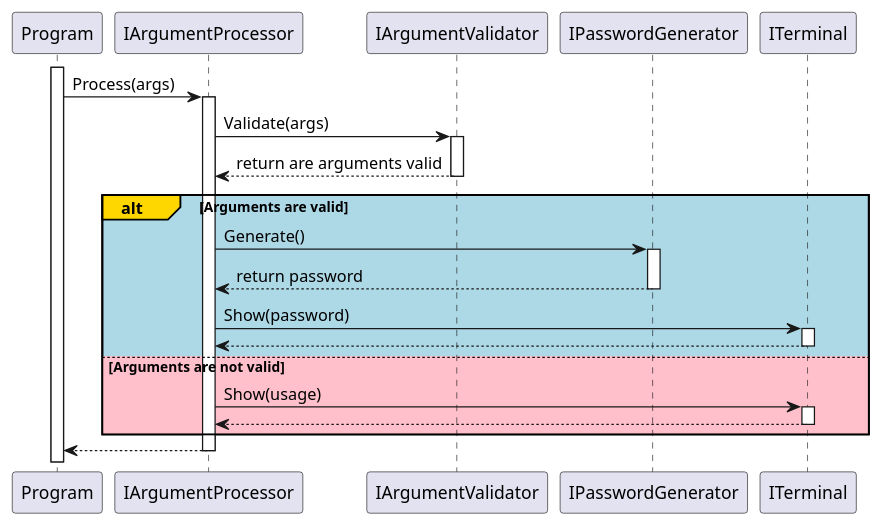
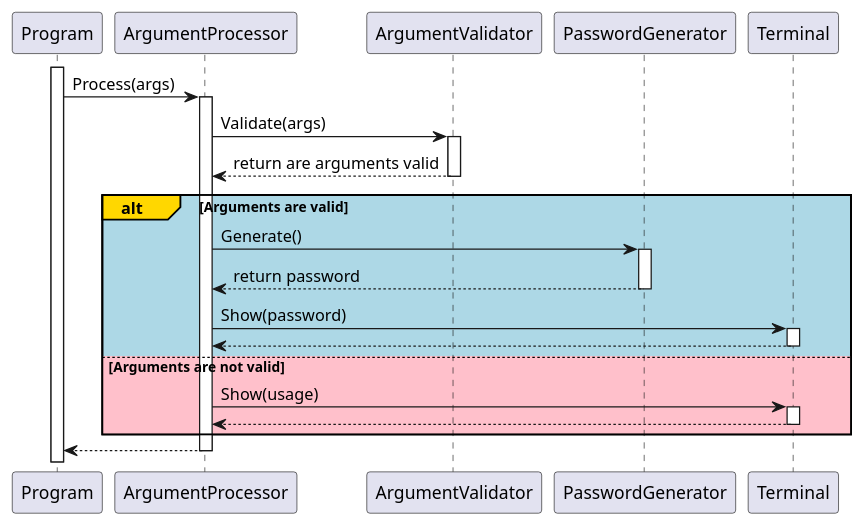
The diagram in diagrams/Sequence.puml (djvelimir/demo-dotnet-cli), drawn with PlantUML before and after one commit.

Commit message:
Update diagram

```diff
--- a/diagrams/Sequence.puml
+++ b/diagrams/Sequence.puml
@@ -1,39 +1,39 @@
 @startuml Sequence
 participant Program as program
-participant IArgumentProcessor as argumentProcessor
-participant IArgumentValidator as argumentValidator
-participant IPasswordGenerator as passwordGenerator
-participant ITerminal as terminal
+participant ArgumentProcessor as argumentProcessor
+participant ArgumentValidator as argumentValidator
+participant PasswordGenerator as passwordGenerator
+participant Terminal as terminal
 
 activate program
 
 program -> argumentProcessor: Process(args)
 activate argumentProcessor
 
 argumentProcessor -> argumentValidator: Validate(args)
 activate argumentValidator
 argumentProcessor <-- argumentValidator: return are arguments valid
 deactivate argumentValidator
 
 alt#Gold #LightBlue Arguments are valid
     argumentProcessor -> passwordGenerator: Generate()
     activate passwordGenerator
     argumentProcessor <-- passwordGenerator: return password
     deactivate passwordGenerator
 
     argumentProcessor -> terminal: Show(password)
     activate terminal
     argumentProcessor <-- terminal
     deactivate terminal
 
 else #Pink Arguments are not valid
     argumentProcessor -> terminal: Show(usage)
     activate terminal
     argumentProcessor <-- terminal
     deactivate terminal
 end
 
 program <-- argumentProcessor
 deactivate argumentProcessor
 
 @enduml
```
